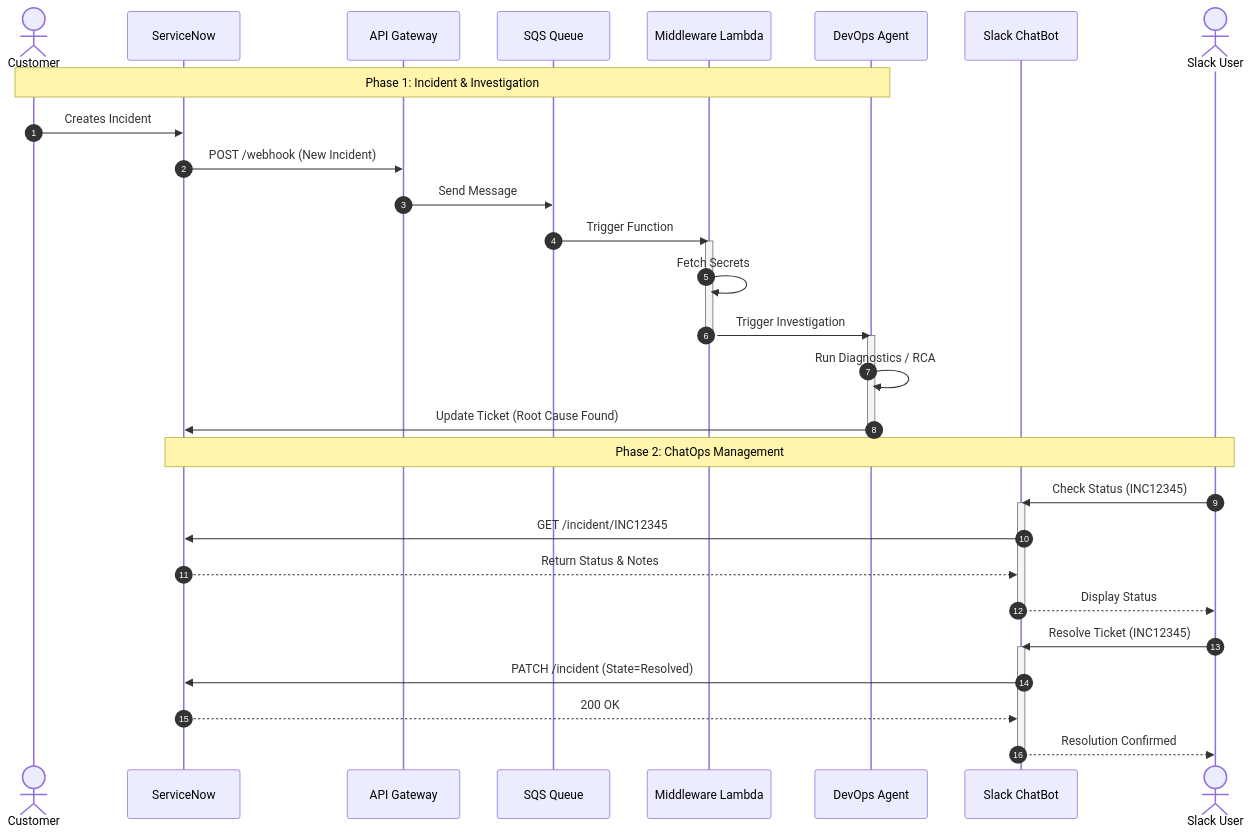
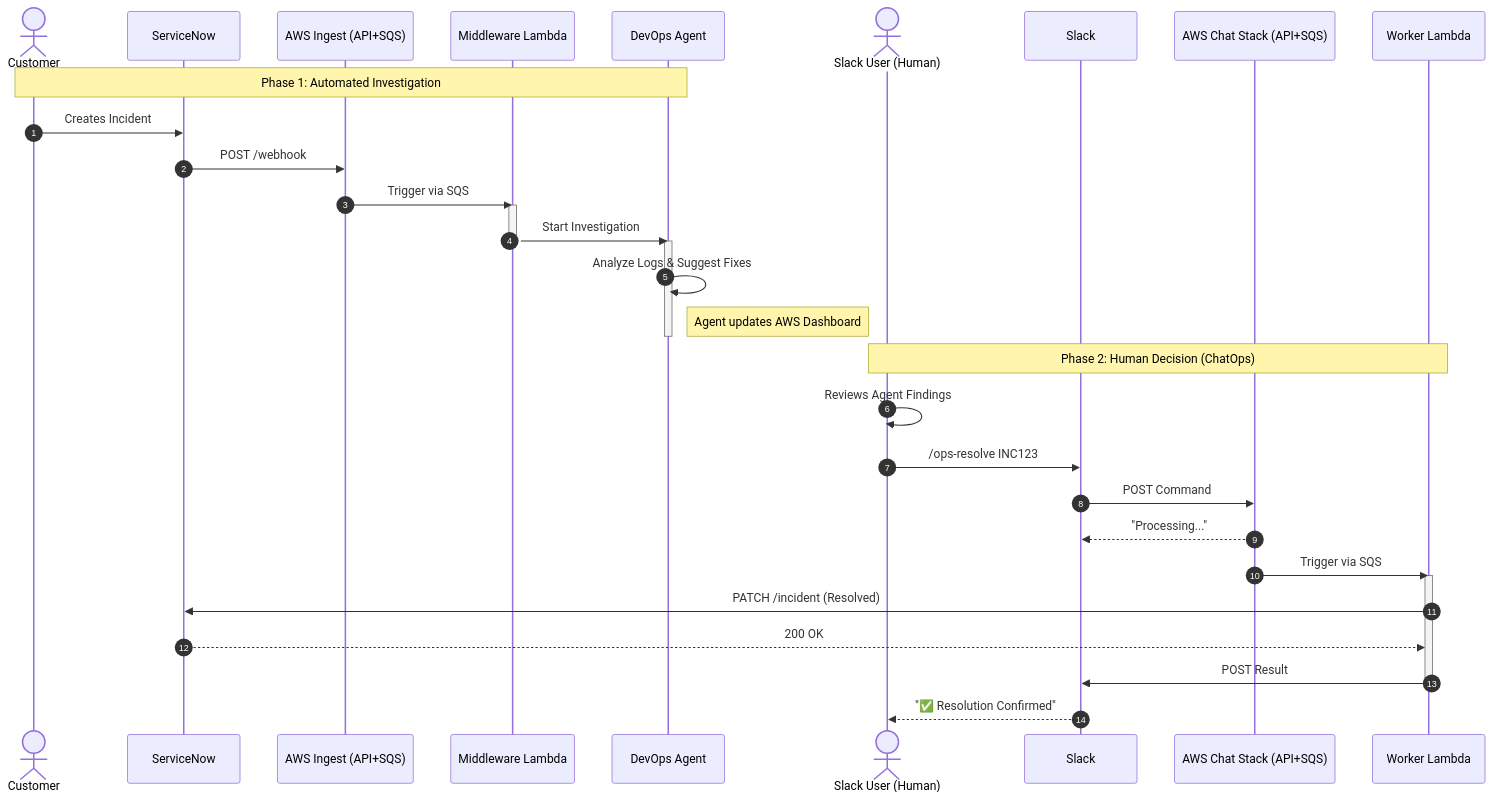
The first of 2 diagrams in README.md (sree7k7/ChatOps-ServiceNow-DevOps-Agent-Integration), drawn with Mermaid before and after one commit. The commit also changed other lines of this file and 5 other files, not shown here.

````diff
--- a/README.md
+++ b/README.md
@@ -25,41 +24,41 @@
 ```mermaid
 sequenceDiagram
     autonumber
     actor Customer
     participant SN as ServiceNow
-    participant API as API Gateway
-    participant SQS as SQS Queue
+    participant AWS_SN as AWS Ingest (API+SQS)
     participant MidLambda as Middleware Lambda
     participant Agent as DevOps Agent
-    participant ChatBot as Slack ChatBot
-    actor User as Slack User
+    
+    actor User as Slack User (Human)
+    participant Slack
+    participant AWS_Chat as AWS Chat Stack (API+SQS)
+    participant Worker as Worker Lambda
 
-    Note over Customer, Agent: Phase 1: Incident & Investigation
+    Note over Customer, Agent: Phase 1: Automated Investigation
     Customer->>SN: Creates Incident
-    SN->>API: POST /webhook (New Incident)
-    API->>SQS: Send Message
-    SQS->>MidLambda: Trigger Function
+    SN->>AWS_SN: POST /webhook
+    AWS_SN->>MidLambda: Trigger via SQS
     activate MidLambda
-    MidLambda->>MidLambda: Fetch Secrets
-    MidLambda->>Agent: Trigger Investigation
+    MidLambda->>Agent: Start Investigation
     deactivate MidLambda
+    
     activate Agent
-    Agent->>Agent: Run Diagnostics / RCA
-    Agent->>SN: Update Ticket (Root Cause Found)
+    Agent->>Agent: Analyze Logs & Suggest Fixes
+    Note right of Agent: Agent updates AWS Dashboard
     deactivate Agent
 
-    Note over User, SN: Phase 2: ChatOps Management
-    User->>ChatBot: Check Status (INC12345)
-    activate ChatBot
-    ChatBot->>SN: GET /incident/INC12345
-    SN-->>ChatBot: Return Status & Notes
-    ChatBot-->>User: Display Status
-    deactivate ChatBot
-
-    User->>ChatBot: Resolve Ticket (INC12345)
-    activate ChatBot
-    ChatBot->>SN: PATCH /incident (State=Resolved)
-    SN-->>ChatBot: 200 OK
-    ChatBot-->>User: Resolution Confirmed
-    deactivate ChatBot
+    Note over User, Worker: Phase 2: Human Decision (ChatOps)
+    User->>User: Reviews Agent Findings
+    User->>Slack: /ops-resolve INC123
+    Slack->>AWS_Chat: POST Command
+    AWS_Chat-->>Slack: "Processing..."
+    
+    AWS_Chat->>Worker: Trigger via SQS
+    activate Worker
+    Worker->>SN: PATCH /incident (Resolved)
+    SN-->>Worker: 200 OK
+    Worker->>Slack: POST Result
+    deactivate Worker
+    Slack-->>User: "✅ Resolution Confirmed"
 ```
````
